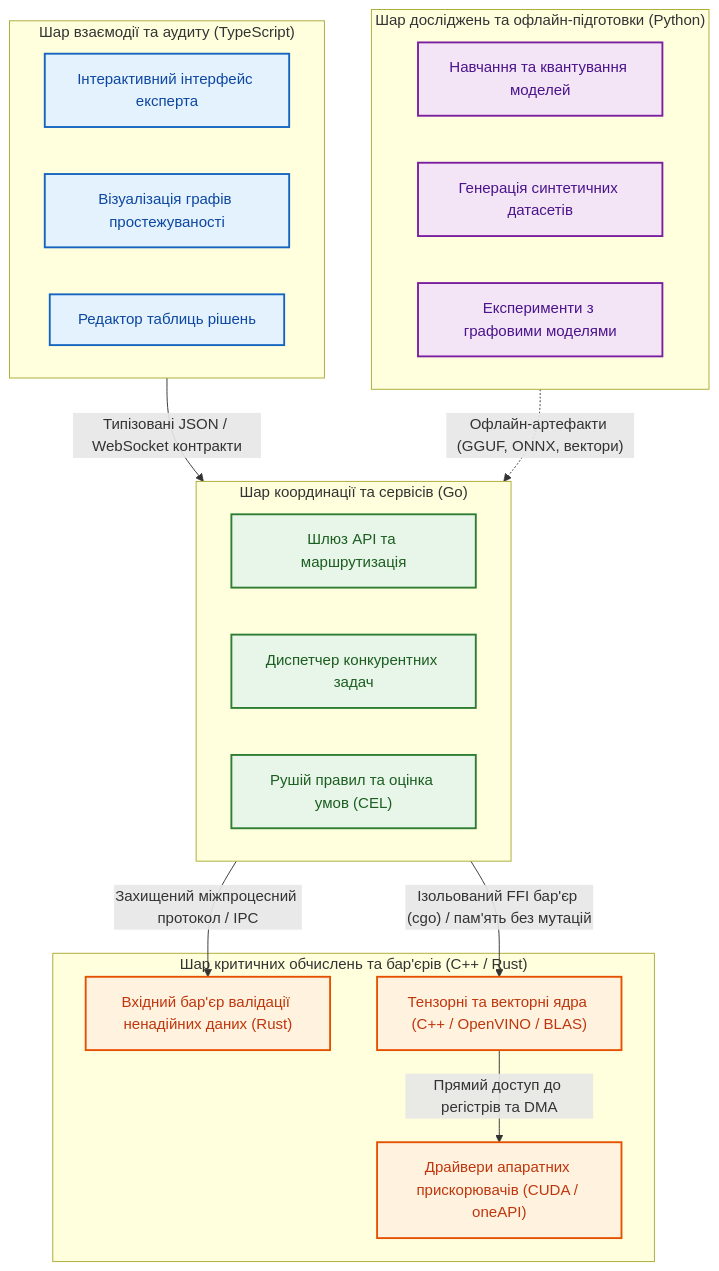
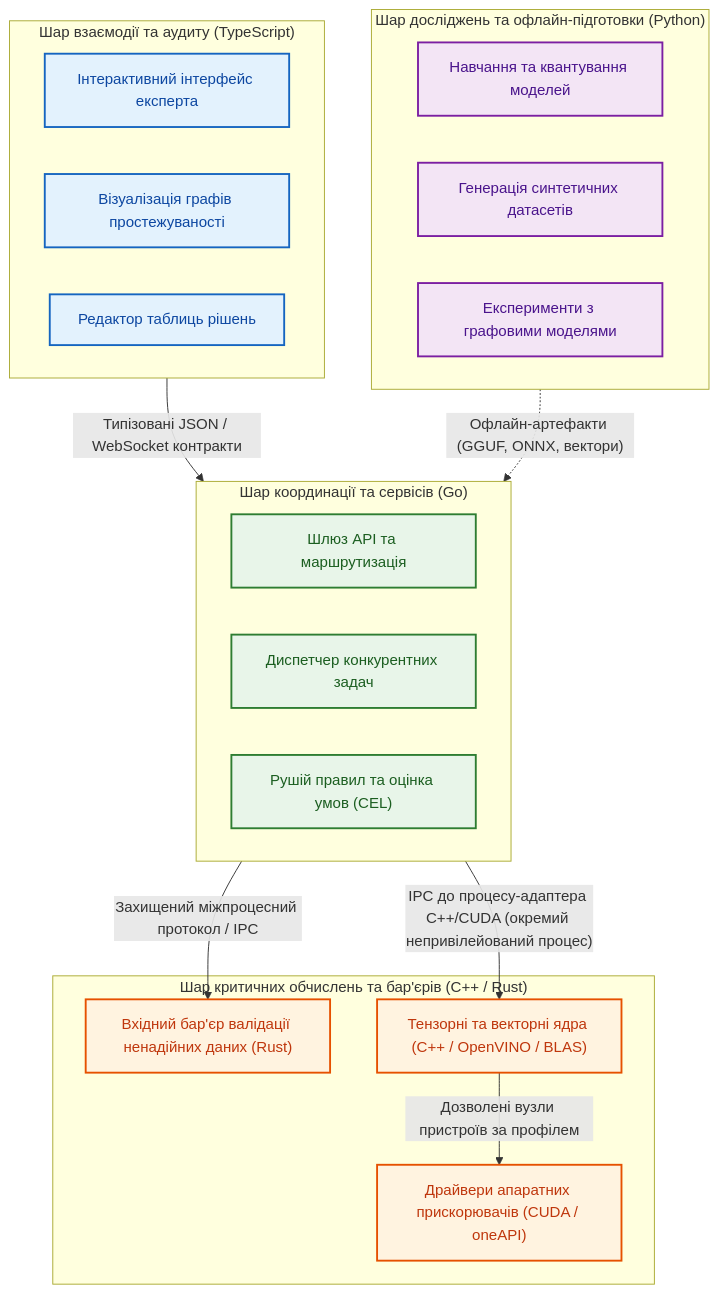
Before and after one commit to nick-fedchik/articles: the second of 6 diagrams in ExpertSystem/ch17-implementation-stack.md, drawn with Mermaid. The commit also changed other lines of this file and 24 other files, not shown here.

````diff
--- a/ExpertSystem/ch17-implementation-stack.md
+++ b/ExpertSystem/ch17-implementation-stack.md
@@ -119,45 +121,45 @@
 ```mermaid
 flowchart TD
     accTitle: Поліглот-архітектура та бар'єри ізоляції мовних шарів
-    accDescr: Шарова архітектура мов програмування з чіткими бар'єрами типізації, FFI та мережевими контрактами.
+    accDescr: Сервіси Go обмінюються з окремими непривілейованими адаптерами C++/CUDA і Rust через IPC. cgo усередині процесу не є межею ізоляції пам'яті.
 
     subgraph UI_Layer["Шар взаємодії та аудиту (TypeScript)"]
         UI1["Інтерактивний інтерфейс експерта"]
         UI2["Візуалізація графів простежуваності"]
         UI3["Редактор таблиць рішень"]
     end
 
     subgraph Core_Layer["Шар координації та сервісів (Go)"]
         C_API["Шлюз API та маршрутизація"]
         C_SCHED["Диспетчер конкурентних задач"]
         C_RULE["Рушій правил та оцінка умов (CEL)"]
     end
 
     subgraph Native_Layer["Шар критичних обчислень та бар'єрів (C++ / Rust)"]
         N_RUST["Вхідний бар'єр валідації ненадійних даних (Rust)"]
         N_CPP["Тензорні та векторні ядра (C++ / OpenVINO / BLAS)"]
         N_DRV["Драйвери апаратних прискорювачів (CUDA / oneAPI)"]
     end
 
     subgraph Offline_Layer["Шар досліджень та офлайн-підготовки (Python)"]
         OFF1["Навчання та квантування моделей"]
         OFF2["Генерація синтетичних датасетів"]
         OFF3["Експерименти з графовими моделями"]
     end
 
     UI_Layer -->|"Типізовані JSON / WebSocket контракти"| Core_Layer
-    Core_Layer -->|"Ізольований FFI бар'єр (cgo) / пам'ять без мутацій"| N_CPP
+    Core_Layer -->|"IPC до процесу-адаптера C++/CUDA (окремий непривілейований процес)"| N_CPP
     Core_Layer -->|"Захищений міжпроцесний протокол / IPC"| N_RUST
-    N_CPP -->|"Прямий доступ до регістрів та DMA"| N_DRV
+    N_CPP -->|"Дозволені вузли пристроїв за профілем"| N_DRV
     Offline_Layer -.->|"Офлайн-артефакти (GGUF, ONNX, вектори)"| Core_Layer
 
     classDef ui fill:#e3f2fd,stroke:#1565c0,stroke-width:2px,color:#0d47a1;
     classDef core fill:#e8f5e9,stroke:#2e7d32,stroke-width:2px,color:#1b5e20;
     classDef native fill:#fff3e0,stroke:#e65100,stroke-width:2px,color:#bf360c;
     classDef offline fill:#f3e5f5,stroke:#7b1fa2,stroke-width:2px,color:#4a148c;
 
     class UI1,UI2,UI3 ui;
     class C_API,C_SCHED,C_RULE core;
     class N_RUST,N_CPP,N_DRV native;
     class OFF1,OFF2,OFF3 offline;
 ```
````
